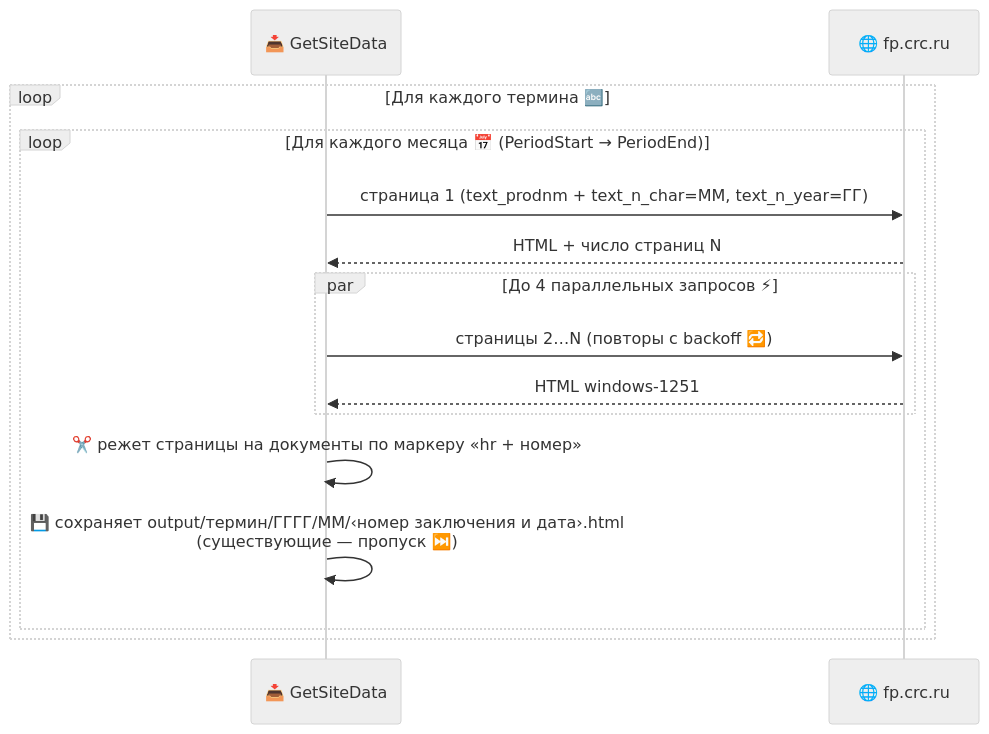
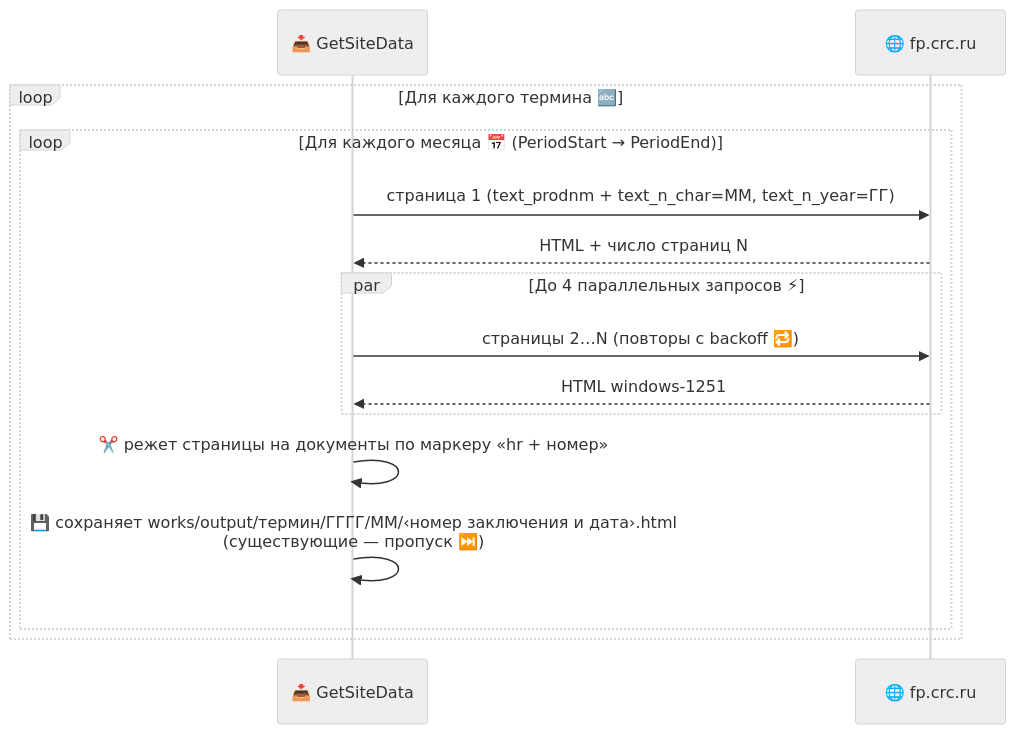
One commit to akprof2000/Get-data-from-fp.crc.ru changed the third of 5 diagrams in README.md. Above: the diagram before and after it, drawn with Mermaid (neutral theme). The commit also changed other lines of this file, not shown here.

````diff
--- a/README.md
+++ b/README.md
@@ -85,17 +87,17 @@
 ```mermaid
 sequenceDiagram
     participant App as 📥 GetSiteData
     participant Site as 🌐 fp.crc.ru
     loop Для каждого термина 🔤
         loop Для каждого месяца 📅 (PeriodStart → PeriodEnd)
             App->>Site: страница 1 (text_prodnm + text_n_char=ММ, text_n_year=ГГ)
             Site-->>App: HTML + число страниц N
             par До 4 параллельных запросов ⚡
                 App->>Site: страницы 2…N (повторы с backoff 🔁)
                 Site-->>App: HTML windows-1251
             end
             App->>App: ✂️ режет страницы на документы по маркеру «hr + номер»
-            App->>App: 💾 сохраняет output/термин/ГГГГ/ММ/‹номер заключения и дата›.html<br>(существующие — пропуск ⏭️)
+            App->>App: 💾 сохраняет works/output/термин/ГГГГ/ММ/‹номер заключения и дата›.html<br>(существующие — пропуск ⏭️)
         end
     end
 ```
````
